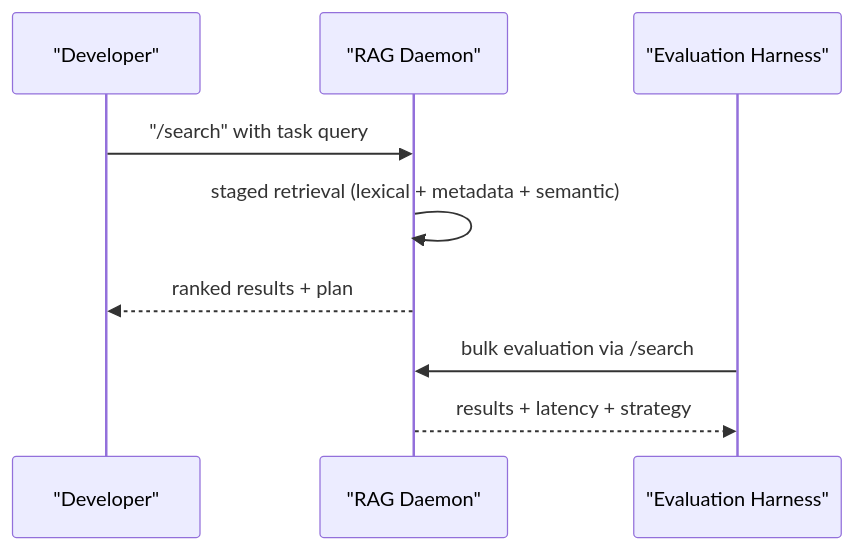
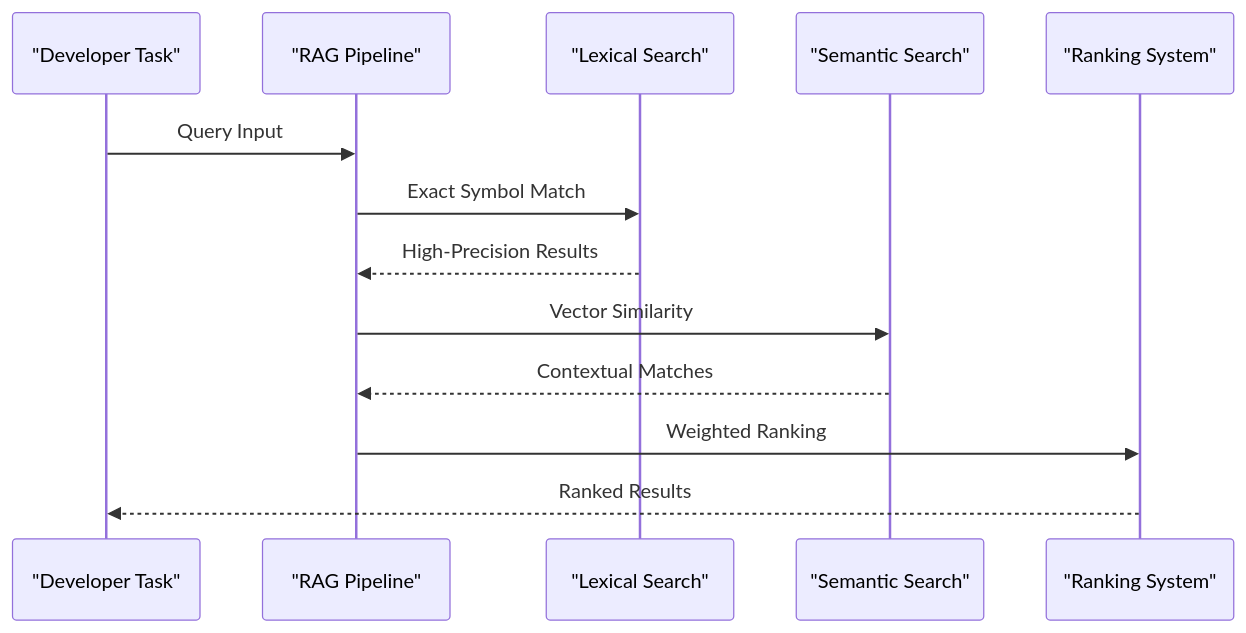
Before and after one commit to NcitDev/ragsystem: the third of 8 diagrams in docs/wiki/Reference Materials.md, drawn with Mermaid. The commit also changed other lines of this file and 27 other files, not shown here.

````diff
--- a/docs/wiki/Reference Materials.md
+++ b/docs/wiki/Reference Materials.md
@@ -154,11 +183,15 @@
 ```mermaid
 sequenceDiagram
-participant Dev as "Developer"
-participant RAG as "RAG Daemon"
-participant Eval as "Evaluation Harness"
-Dev->>RAG : "/search" with task query
-RAG->>RAG : staged retrieval (lexical + metadata + semantic)
-RAG-->>Dev : ranked results + plan
-Eval->>RAG : bulk evaluation via /search
-RAG-->>Eval : results + latency + strategy
+participant Dev as "Developer Task"
+participant RAG as "RAG Pipeline"
+participant Lexical as "Lexical Search"
+participant Semantic as "Semantic Search"
+participant Scoring as "Ranking System"
+Dev->>RAG : Query Input
+RAG->>Lexical : Exact Symbol Match
+Lexical-->>RAG : High-Precision Results
+RAG->>Semantic : Vector Similarity
+Semantic-->>RAG : Contextual Matches
+RAG->>Scoring : Weighted Ranking
+Scoring-->>Dev : Ranked Results
 ```
````
